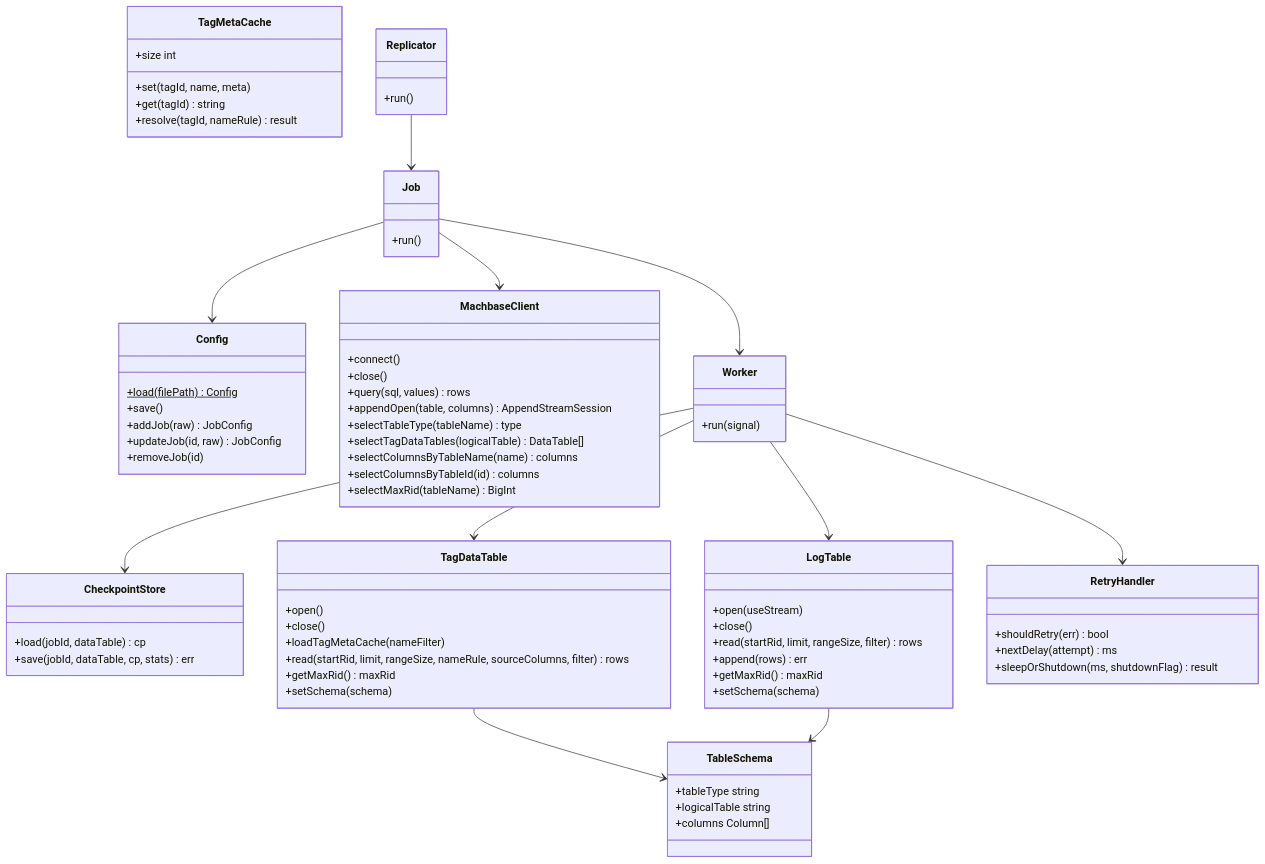
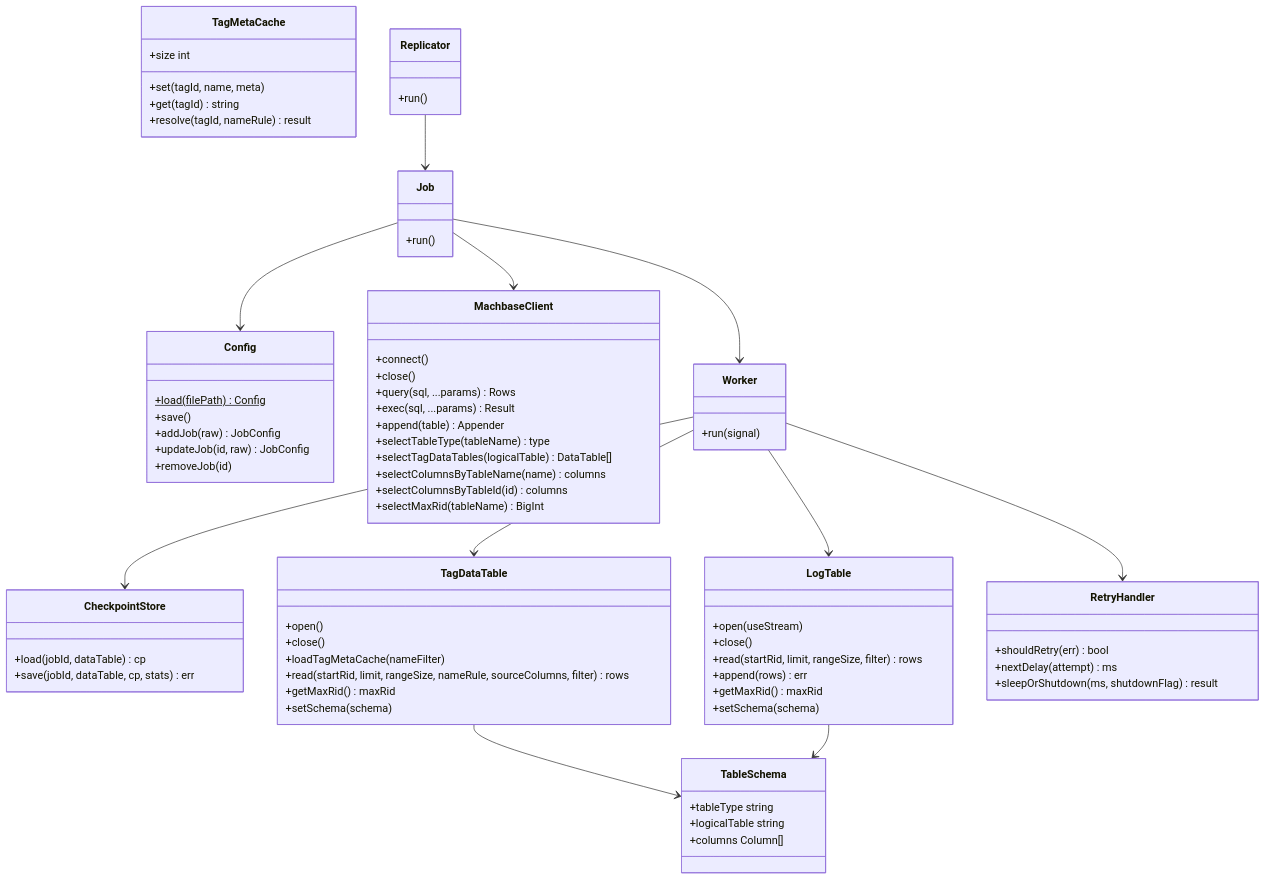
The second of 4 diagrams in docs/PROJECT.md (machbase/neo-pkg-replication), drawn with Mermaid before and after one commit. The commit also changed other lines of this file and 16 other files, not shown here.

````diff
--- a/docs/PROJECT.md
+++ b/docs/PROJECT.md
@@ -942,79 +959,80 @@
 ```mermaid
 classDiagram
     class Config {
         +load(filePath) Config$
         +save()
         +addJob(raw) JobConfig
         +updateJob(id, raw) JobConfig
         +removeJob(id)
     }
     class MachbaseClient {
         +connect()
         +close()
-        +query(sql, values) rows
-        +appendOpen(table, columns) AppendStreamSession
+        +query(sql, ...params) Rows
+        +exec(sql, ...params) Result
+        +append(table) Appender
         +selectTableType(tableName) type
         +selectTagDataTables(logicalTable) DataTable[]
         +selectColumnsByTableName(name) columns
         +selectColumnsByTableId(id) columns
         +selectMaxRid(tableName) BigInt
     }
     class CheckpointStore {
         +load(jobId, dataTable) cp
         +save(jobId, dataTable, cp, stats) err
     }
     class TableSchema {
         +tableType string
         +logicalTable string
         +columns Column[]
     }
     class TagMetaCache {
         +set(tagId, name, meta)
         +get(tagId) string
         +resolve(tagId, nameRule) result
         +size int
     }
     class TagDataTable {
         +open()
         +close()
         +loadTagMetaCache(nameFilter)
         +read(startRid, limit, rangeSize, nameRule, sourceColumns, filter) rows
         +getMaxRid() maxRid
         +setSchema(schema)
     }
     class LogTable {
         +open(useStream)
         +close()
         +read(startRid, limit, rangeSize, filter) rows
         +append(rows) err
         +getMaxRid() maxRid
         +setSchema(schema)
     }
     class RetryHandler {
         +shouldRetry(err) bool
         +nextDelay(attempt) ms
         +sleepOrShutdown(ms, shutdownFlag) result
     }
     class Replicator {
         +run()
     }
     class Job {
         +run()
     }
     class Worker {
         +run(signal)
     }
 
     Replicator --> Job
     Job --> Worker
     Job --> MachbaseClient
     Job --> Config
 
     Worker --> CheckpointStore
     Worker --> TagDataTable
     Worker --> LogTable
     Worker --> RetryHandler
 
     TagDataTable --> TableSchema
     LogTable --> TableSchema
 ```
````
